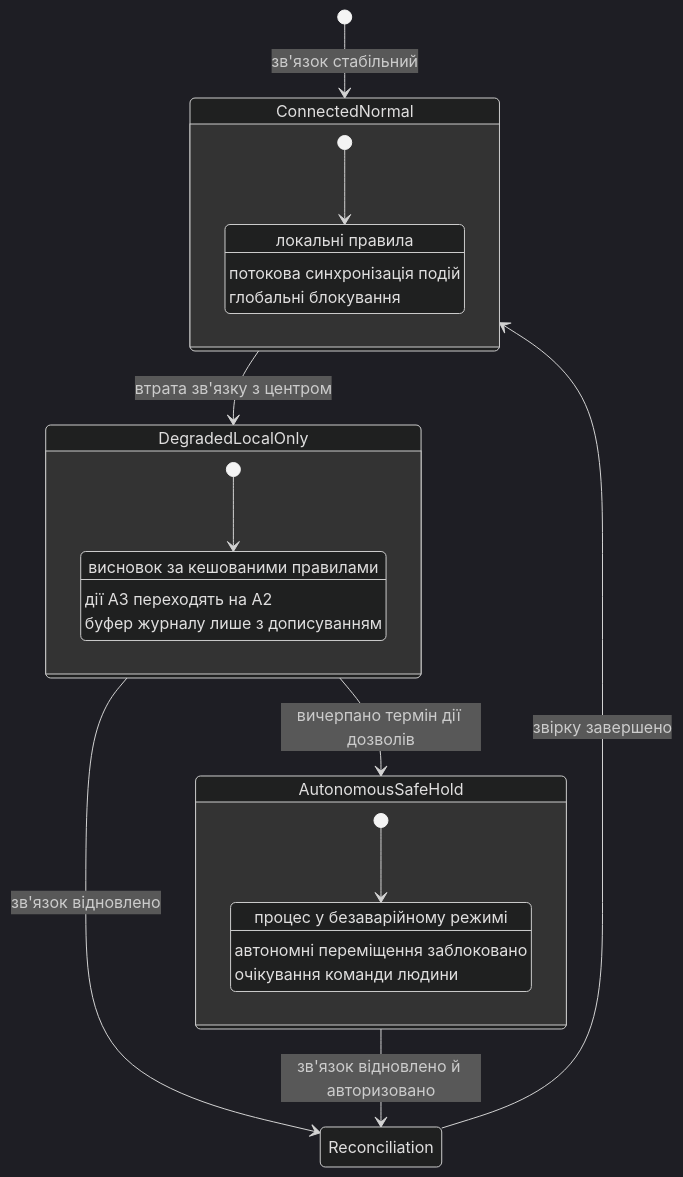
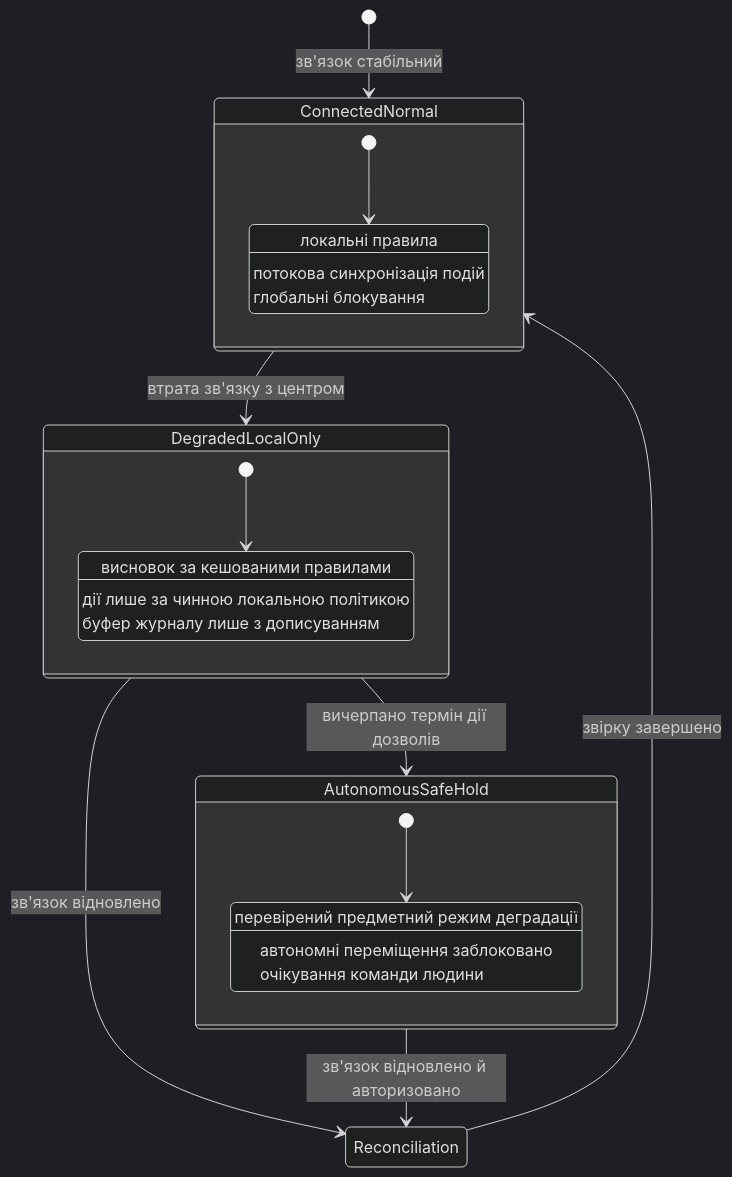
Before and after one commit to nick-fedchik/articles: the fourth of 5 diagrams in ExpertSystem/ch22-cybernetics-edge-to-backend.md, drawn with Mermaid (dark theme). The commit also changed other lines of this file and 7 other files, not shown here.

````diff
--- a/ExpertSystem/ch22-cybernetics-edge-to-backend.md
+++ b/ExpertSystem/ch22-cybernetics-edge-to-backend.md
@@ -377,33 +483,33 @@
 ```mermaid
 stateDiagram-v2
     accTitle: Режими деградації периферійного вузла за обриву зв'язку
     accDescr: Вузол переходить із нормального режиму в локальний за втрати зв'язку, у безпечне утримання після вичерпання терміну дії дозволів, і повертається до нормального режиму через звірку станів.
 
     [*] --> ConnectedNormal: зв'язок стабільний
     ConnectedNormal --> DegradedLocalOnly: втрата зв'язку з центром
     DegradedLocalOnly --> AutonomousSafeHold: вичерпано термін дії дозволів
     DegradedLocalOnly --> Reconciliation: зв'язок відновлено
     AutonomousSafeHold --> Reconciliation: зв'язок відновлено й авторизовано
     Reconciliation --> ConnectedNormal: звірку завершено
 
     state ConnectedNormal {
         [*] --> FullCoordination
         FullCoordination: локальні правила
         FullCoordination: потокова синхронізація подій
         FullCoordination: глобальні блокування
     }
 
     state DegradedLocalOnly {
         [*] --> IsolatedEnforcement
         IsolatedEnforcement: висновок за кешованими правилами
-        IsolatedEnforcement: дії A3 переходять на A2
+        IsolatedEnforcement: дії лише за чинною локальною політикою
         IsolatedEnforcement: буфер журналу лише з дописуванням
     }
 
     state AutonomousSafeHold {
         [*] --> FailsafeMode
-        FailsafeMode: процес у безаварійному режимі
+        FailsafeMode: перевірений предметний режим деградації
         FailsafeMode: автономні переміщення заблоковано
         FailsafeMode: очікування команди людини
     }
 ```
````
